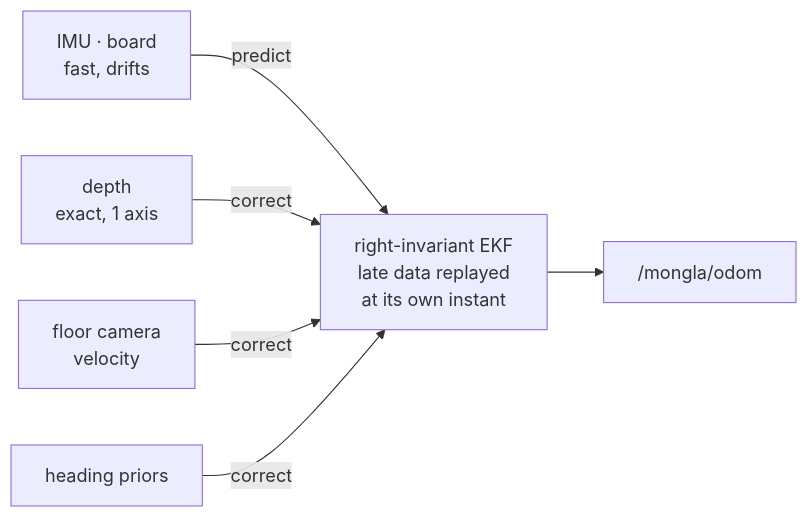
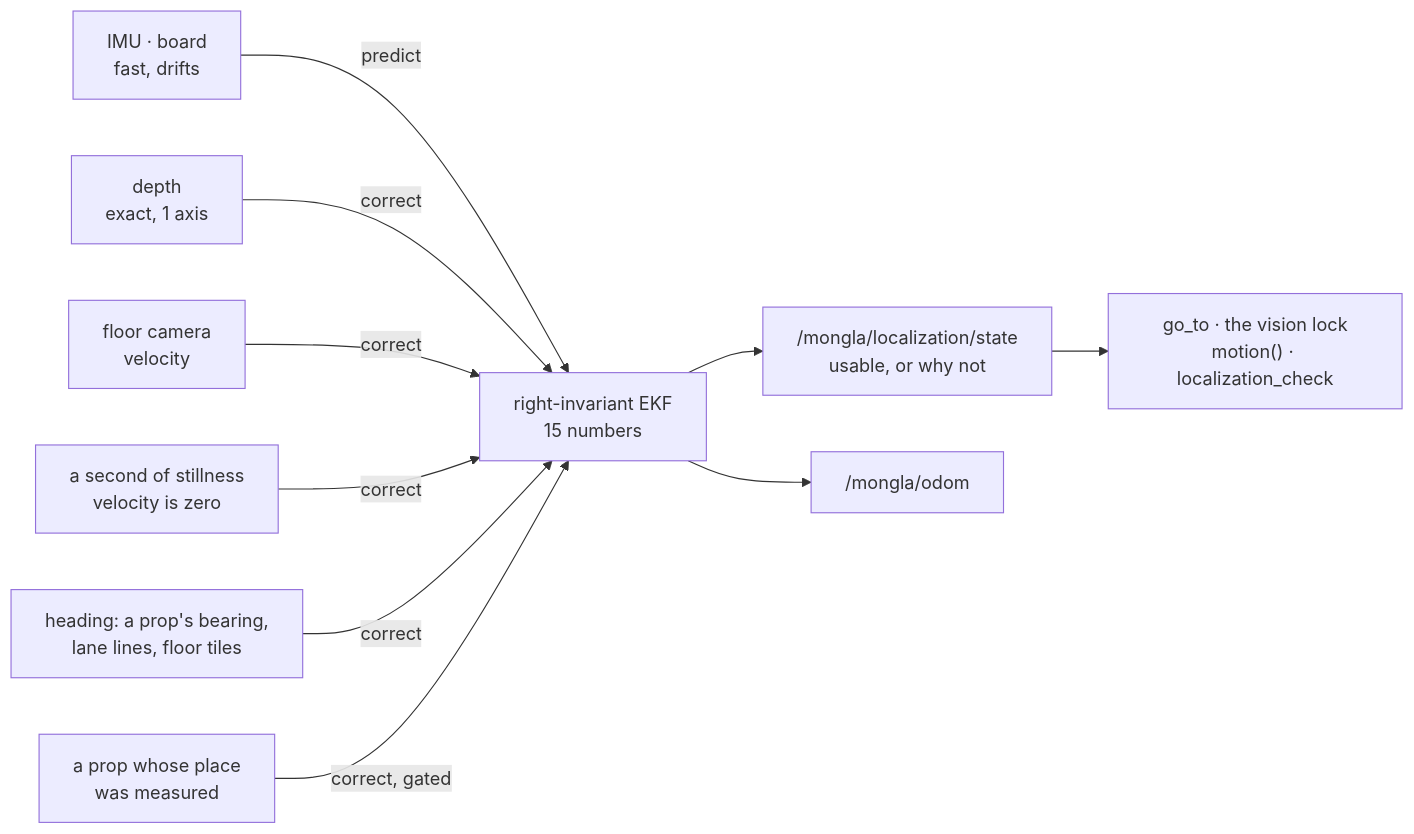
Before and after one commit to fh1m/mongla_ws: the sixth of 10 diagrams in README.md, drawn with Mermaid. The commit also changed other lines of this file and 175 other files, not shown here.

First line of the commit message:
Localization audit: estimation only, plumbing to mongla_runtime, pixels to vision; B-124..B-128 (#190)

````diff
--- a/README.md
+++ b/README.md
@@ -389,8 +390,12 @@
 ```mermaid
 flowchart LR
     IMU["IMU · board<br/>fast, drifts"] -->|predict| EKF
     DEP["depth<br/>exact, 1 axis"] -->|correct| EKF
     FLOW["floor camera<br/>velocity"] -->|correct| EKF
-    HDG["heading priors"] -->|correct| EKF
-    EKF["right-invariant EKF<br/>late data replayed<br/>at its own instant"] --> ODOM["/mongla/odom"]
+    ZUPT["a second of stillness<br/>velocity is zero"] -->|correct| EKF
+    HDG["heading: a prop's bearing,<br/>lane lines, floor tiles"] -->|correct| EKF
+    FIX["a prop whose place<br/>was measured"] -->|"correct, gated"| EKF
+    EKF["right-invariant EKF<br/>15 numbers"] --> STATE["/mongla/localization/state<br/>usable, or why not"]
+    EKF --> ODOM["/mongla/odom"]
+    STATE --> USE["go_to · the vision lock<br/>motion() · localization_check"]
 ```
````
